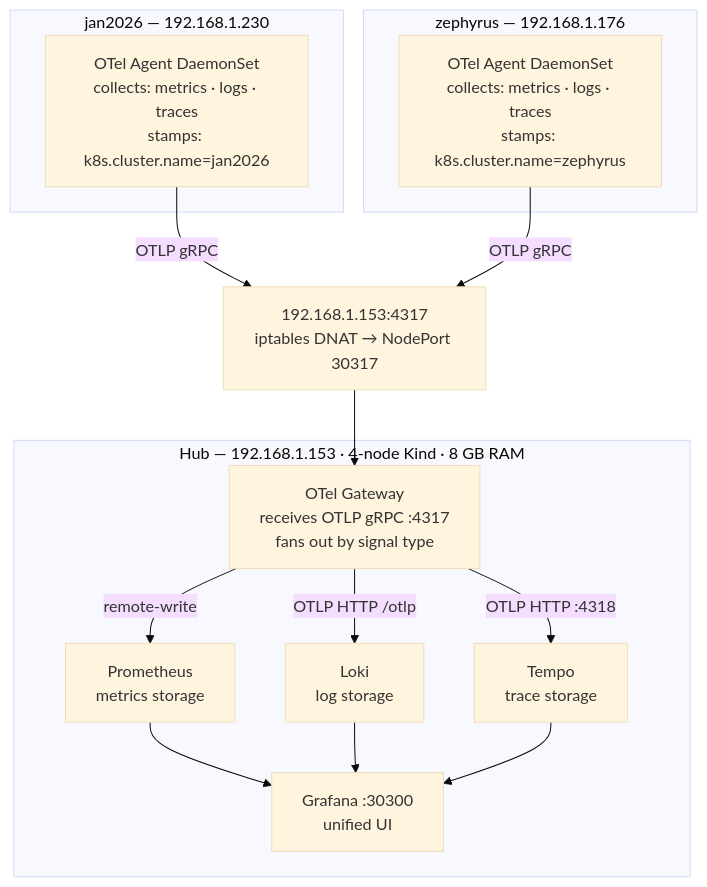
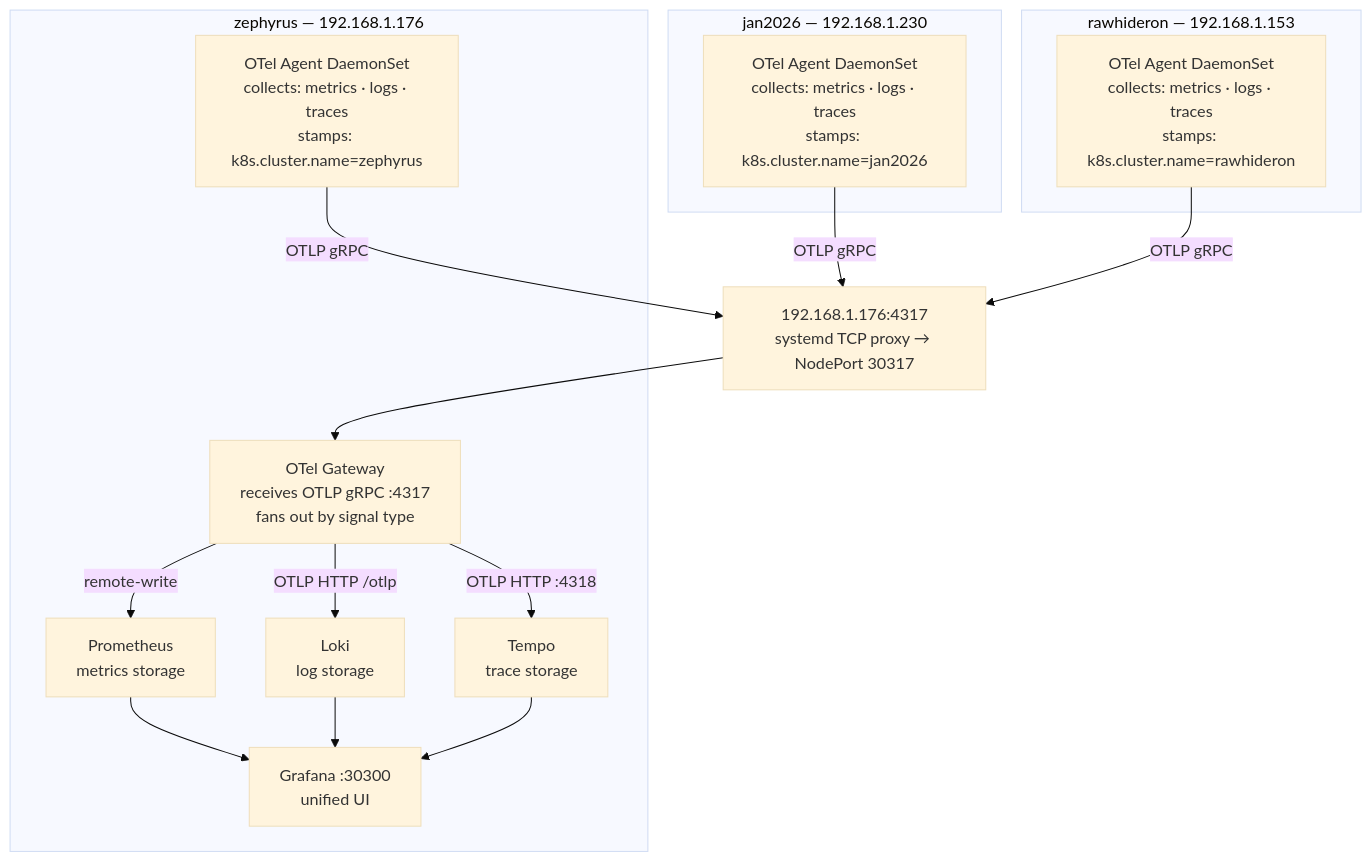
Before and after one commit to rawhideron/homelab-observability: the diagram in README.md, drawn with Mermaid (base theme). The commit also changed other lines of this file and 11 other files, not shown here.

````diff
--- a/README.md
+++ b/README.md
@@ -18,39 +18,44 @@
 ```mermaid
 flowchart TD
     subgraph jan2026["jan2026 — 192.168.1.230"]
         A1[OTel Agent DaemonSet
 collects: metrics · logs · traces
 stamps: k8s.cluster.name=jan2026]
     end
 
     subgraph zephyrus["zephyrus — 192.168.1.176"]
         A2[OTel Agent DaemonSet
 collects: metrics · logs · traces
 stamps: k8s.cluster.name=zephyrus]
-    end
 
-    subgraph hub["Hub — 192.168.1.153 · 4-node Kind · 8 GB RAM"]
         GW[OTel Gateway
 receives OTLP gRPC :4317
 fans out by signal type]
         PROM[Prometheus
 metrics storage]
         LOKI[Loki
 log storage]
         TEMPO[Tempo
 trace storage]
         GRAF[Grafana :30300
 unified UI]
     end
 
-    A1 -- OTLP gRPC --> NAT["192.168.1.153:4317
-iptables DNAT → NodePort 30317"]
+    subgraph rawhide["rawhideron — 192.168.1.153"]
+        A3[OTel Agent DaemonSet
+collects: metrics · logs · traces
+stamps: k8s.cluster.name=rawhideron]
+    end
+
+    A1 -- OTLP gRPC --> NAT["192.168.1.176:4317
+systemd TCP proxy → NodePort 30317"]
     A2 -- OTLP gRPC --> NAT
+    A3 -- OTLP gRPC --> NAT
     NAT --> GW
     GW -- remote-write --> PROM
     GW -- OTLP HTTP /otlp --> LOKI
     GW -- OTLP HTTP :4318 --> TEMPO
     PROM --> GRAF
     LOKI --> GRAF
     TEMPO --> GRAF
 ```
````
